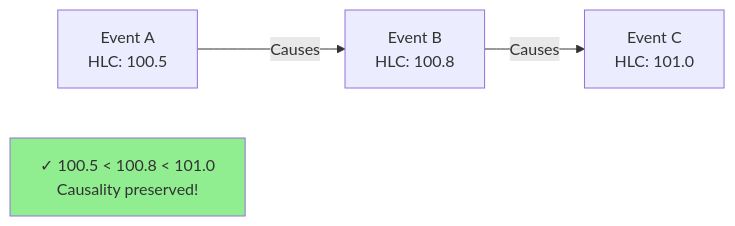
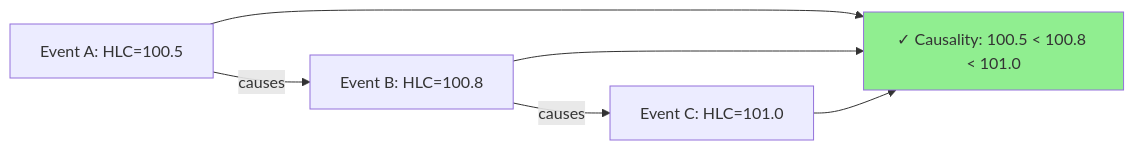
Before and after one commit to deepaucksharma/DStudio: the fourth of 5 diagrams in docs/pattern-library/coordination/hlc.md, drawn with Mermaid. The commit also changed other lines of this file and 92 other files, not shown here.

````diff
--- a/docs/pattern-library/coordination/hlc.md
+++ b/docs/pattern-library/coordination/hlc.md
@@ -284,13 +210,13 @@
 ```mermaid
 graph LR
-    A[Event A<br/>HLC: 100.5]
-    B[Event B<br/>HLC: 100.8]
-    C[Event C<br/>HLC: 101.0]
+    A[Event A: HLC=100.5] -->|causes| B[Event B: HLC=100.8]
+    B -->|causes| C[Event C: HLC=101.0]
     
-    A -->|Causes| B
-    B -->|Causes| C
+    Result[✓ Causality: 100.5 < 100.8 < 101.0]
     
-    Check[✓ 100.5 < 100.8 < 101.0<br/>Causality preserved!]
+    A --> Result
+    B --> Result
+    C --> Result
     
-    style Check fill:#90EE90
+    style Result fill:#90EE90
 ```
````
